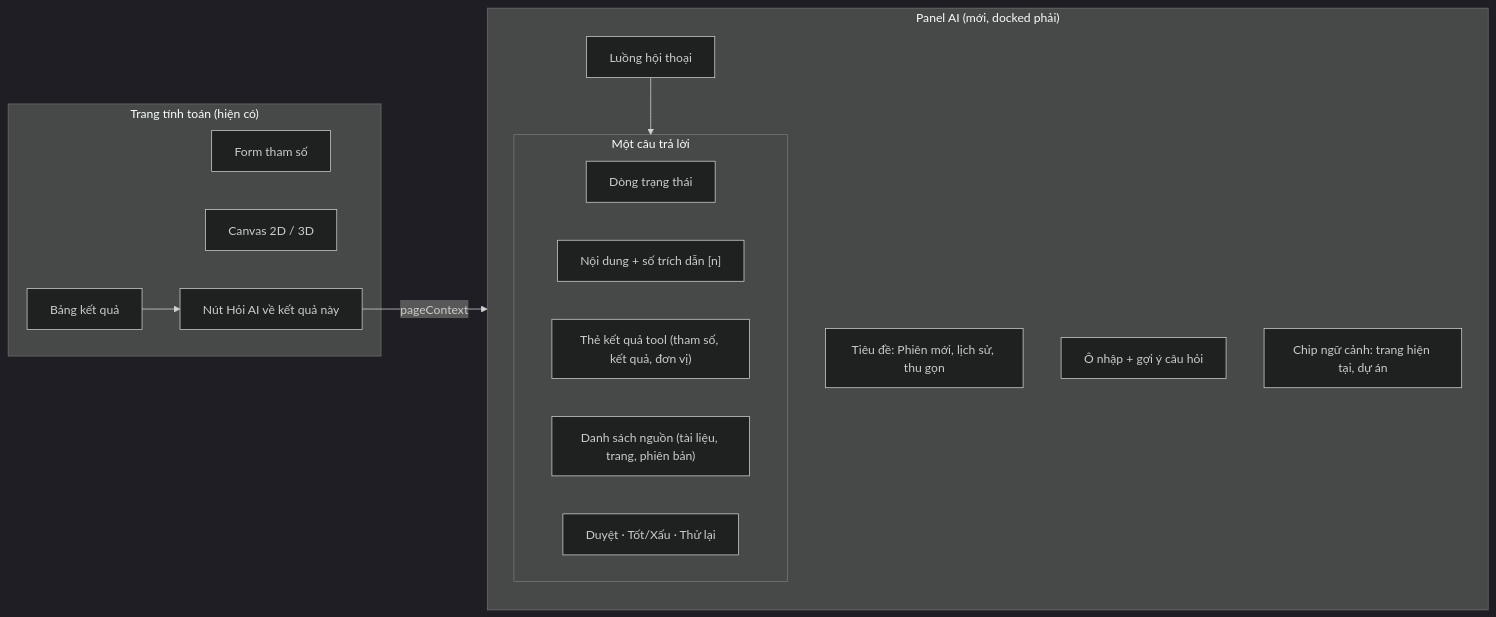
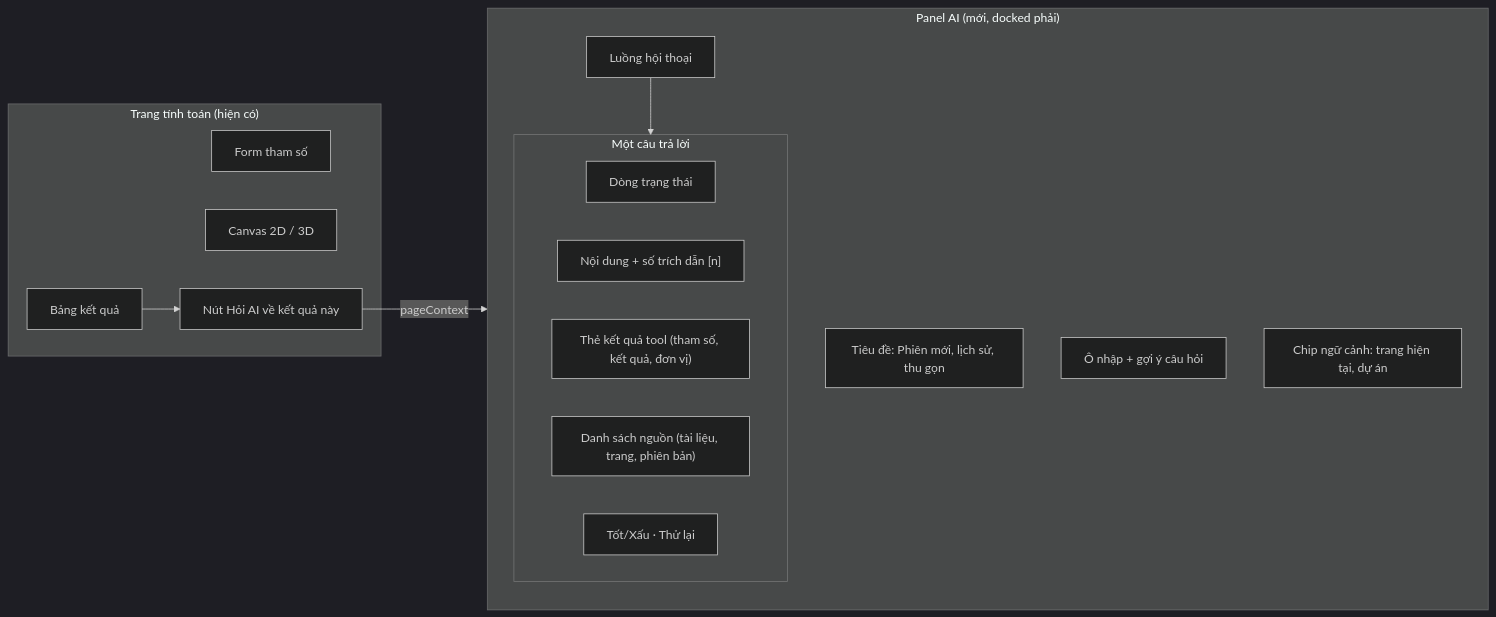
The first of 6 diagrams in ship/07-giao-dien.md (vdloc/vfstructures-ai-solution), drawn with Mermaid (dark theme) before and after one commit. The commit also changed other lines of this file and 10 other files, not shown here.

````diff
--- a/ship/07-giao-dien.md
+++ b/ship/07-giao-dien.md
@@ -68,25 +68,25 @@
 ```mermaid
 flowchart LR
  subgraph PAGE["Trang tính toán (hiện có)"]
  FORM["Form tham số"]
  CANVAS["Canvas 2D / 3D"]
  RESULT["Bảng kết quả"]
  ASKBTN["Nút Hỏi AI về kết quả này"]
  end
  subgraph PANEL["Panel AI (mới, docked phải)"]
  HDR["Tiêu đề: Phiên mới, lịch sử, thu gọn"]
  THREAD["Luồng hội thoại"]
  subgraph MSG["Một câu trả lời"]
  STATUS["Dòng trạng thái"]
  BODY["Nội dung + số trích dẫn [n]"]
  CARD["Thẻ kết quả tool (tham số, kết quả, đơn vị)"]
  SRC["Danh sách nguồn (tài liệu, trang, phiên bản)"]
- ACT["Duyệt · Tốt/Xấu · Thử lại"]
+ ACT["Tốt/Xấu · Thử lại"]
  end
  INPUT["Ô nhập + gợi ý câu hỏi"]
  CTX["Chip ngữ cảnh: trang hiện tại, dự án"]
  end
  ASKBTN -->|"pageContext"| PANEL
  RESULT --> ASKBTN
  THREAD --> MSG
 ```
````
